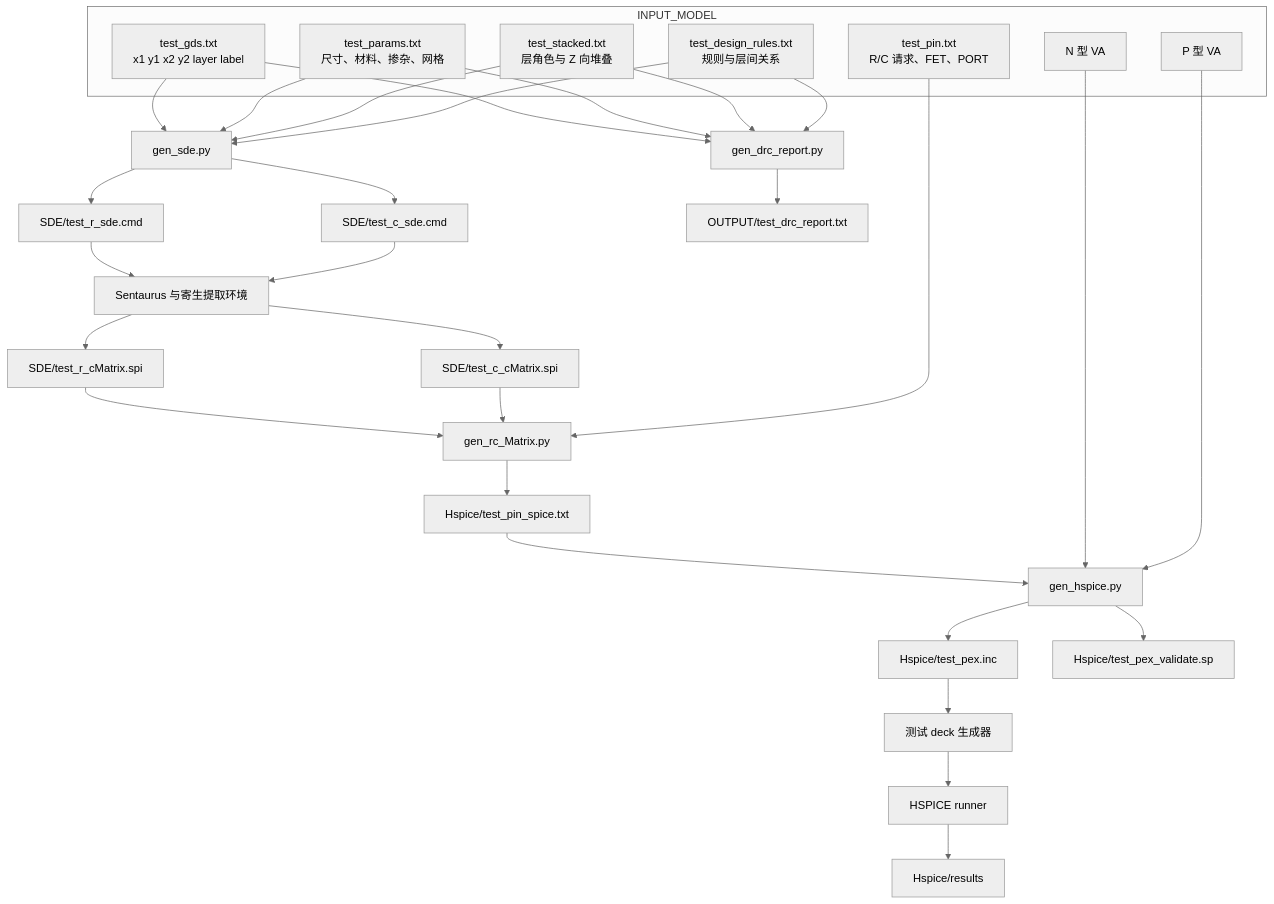
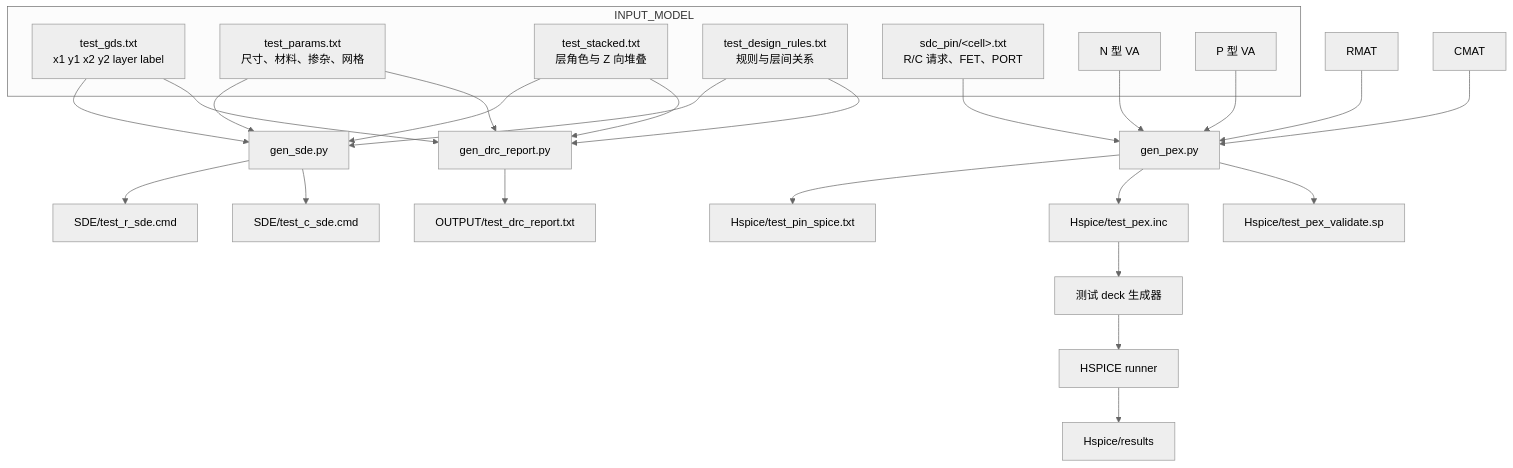
One commit to Tengfei2002/AutoLDM changed the second of 5 diagrams in readme.md. Above: the diagram before and after it, drawn with Mermaid (neutral theme). The commit also changed other lines of this file and 857 other files, not shown here.

Commit message:
update multi sdc test_plans

````diff
--- a/readme.md
+++ b/readme.md
@@ -58,45 +58,38 @@
 ```mermaid
 flowchart TD
     subgraph INPUT[INPUT_MODEL]
         GDS[test_gds.txt<br/>x1 y1 x2 y2 layer label]
         PAR[test_params.txt<br/>尺寸、材料、掺杂、网格]
         STK[test_stacked.txt<br/>层角色与 Z 向堆叠]
         DRC[test_design_rules.txt<br/>规则与层间关系]
-        PINS[test_pin.txt<br/>R/C 请求、FET、PORT]
+        PINS[sdc_pin/&lt;cell&gt;.txt<br/>R/C 请求、FET、PORT]
         NV[N 型 VA]
         PV[P 型 VA]
     end
 
     GDS --> GS[gen_sde.py]
     PAR --> GS
     STK --> GS
     DRC --> GS
     GDS --> GD[gen_drc_report.py]
     PAR --> GD
     STK --> GD
     DRC --> GD
 
     GS --> RCMD[SDE/test_r_sde.cmd]
     GS --> CCMD[SDE/test_c_sde.cmd]
     GD --> DRPT[OUTPUT/test_drc_report.txt]
+    RMAT --> GP[gen_pex.py]
+    CMAT --> GP
+    PINS --> GP
+    NV --> GP
+    PV --> GP
+    GP --> PRC[Hspice/test_pin_spice.txt]
+    GP --> LIB[Hspice/test_pex.inc]
+    GP --> VSP[Hspice/test_pex_validate.sp]
 
-    RCMD --> TOOL[Sentaurus 与寄生提取环境]
-    CCMD --> TOOL
-    TOOL --> RMAT[SDE/test_r_cMatrix.spi]
-    TOOL --> CMAT[SDE/test_c_cMatrix.spi]
-
-    RMAT --> GR[gen_rc_Matrix.py]
-    CMAT --> GR
-    PINS --> GR
-    GR --> PRC[Hspice/test_pin_spice.txt]
-
-    PRC --> GH[gen_hspice.py]
-    NV --> GH
-    PV --> GH
-    GH --> LIB[Hspice/test_pex.inc]
-    GH --> VSP[Hspice/test_pex_validate.sp]
 
     LIB --> TBG[测试 deck 生成器]
     TBG --> SPRUN[HSPICE runner]
     SPRUN --> RES[Hspice/results]
 ```
````
